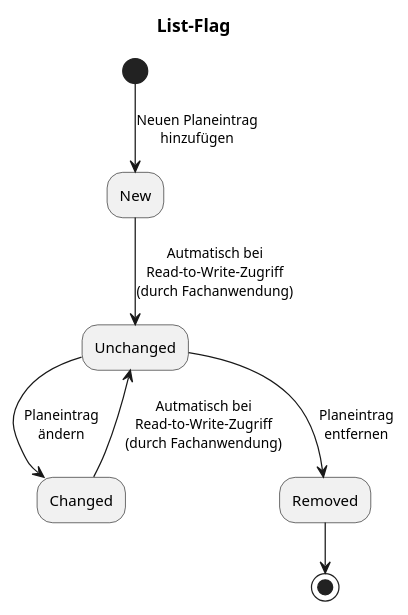
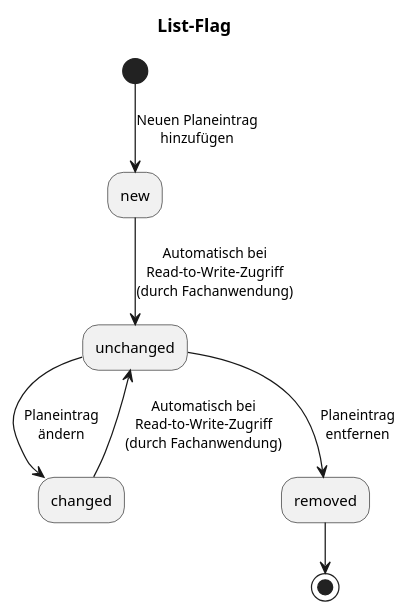
Before and after one commit to HL7Austria/ELGA-e-Medikation-R4: the diagram in input/images-source/stateDiagram_list_flag.plantuml, drawn with PlantUML. The commit also changed 6 other files, not shown here.

Commit message:
Adapt diagram

```diff
--- a/input/images-source/stateDiagram_list_flag.plantuml
+++ b/input/images-source/stateDiagram_list_flag.plantuml
@@ -1,10 +1,10 @@
 @startuml
 title List-Flag
 
-(*) -d-> [Neuen Planeintrag\nhinzufügen] New
-New --> [Autmatisch bei\nRead-to-Write-Zugriff\n(durch Fachanwendung)] Unchanged
-Changed --> [Autmatisch bei\nRead-to-Write-Zugriff\n(durch Fachanwendung)] Unchanged
-Unchanged --> [Planeintrag\nändern] Changed
-Unchanged -d-> [Planeintrag\nentfernen] Removed
-Removed  -d-> (*)
+(*) -d-> [Neuen Planeintrag\nhinzufügen] new
+new --> [Automatisch bei\nRead-to-Write-Zugriff\n(durch Fachanwendung)] unchanged
+changed --> [Automatisch bei\nRead-to-Write-Zugriff\n(durch Fachanwendung)] unchanged
+unchanged --> [Planeintrag\nändern] changed
+unchanged -d-> [Planeintrag\nentfernen] removed
+removed  -d-> (*)
 @enduml
```
